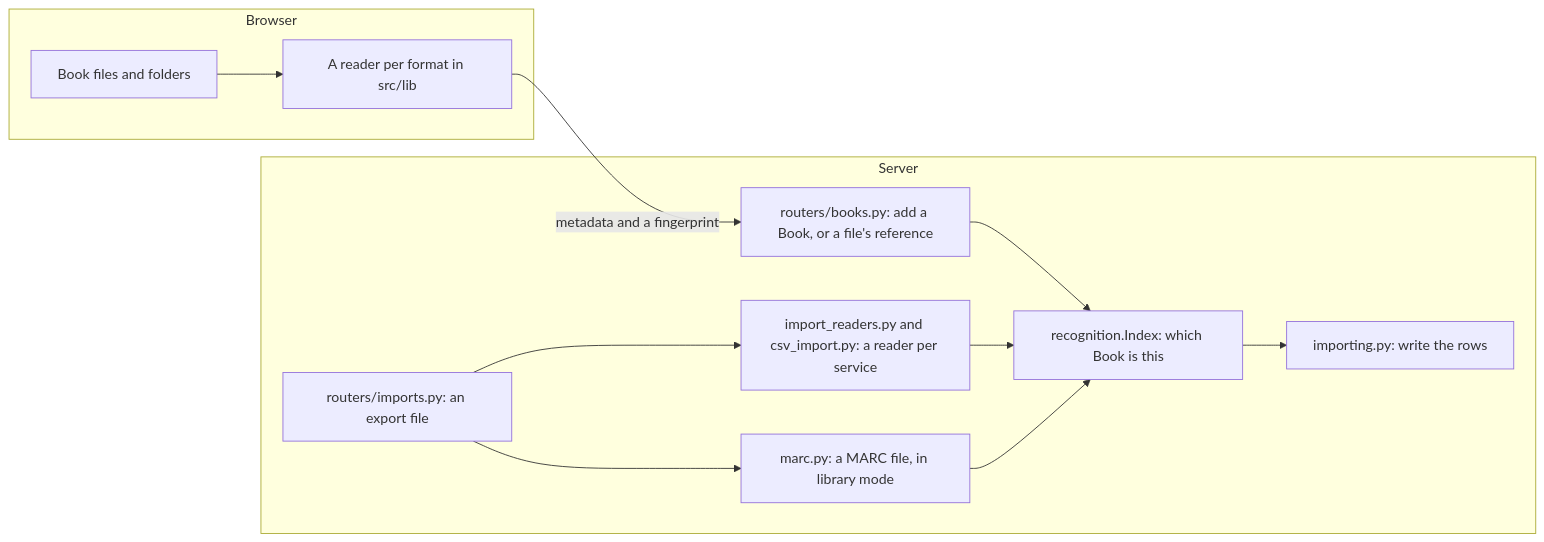
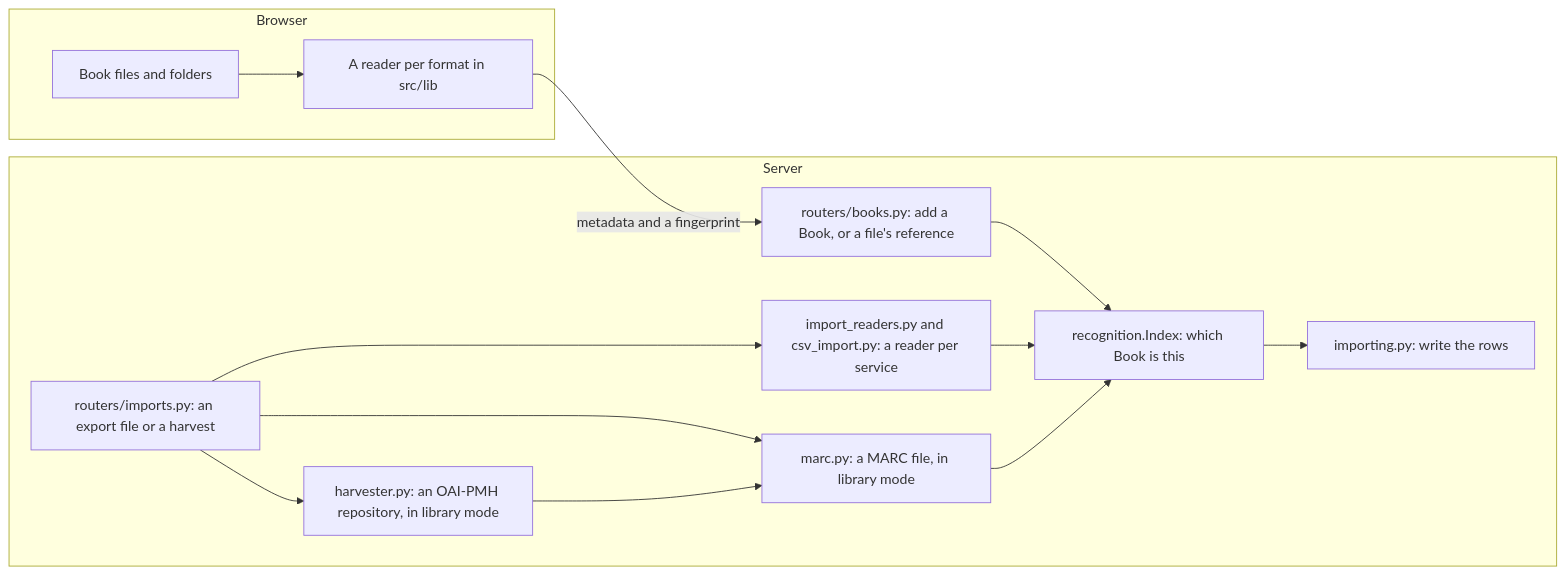
Before and after one commit to f-klement/endpaper: the seventh of 10 diagrams in docs/architecture.md, drawn with Mermaid. The commit also changed other lines of this file and 105 other files, not shown here.

````diff
--- a/docs/architecture.md
+++ b/docs/architecture.md
@@ -529,20 +532,22 @@
 ```mermaid
 flowchart LR
   subgraph browser ["Browser"]
     files["Book files and folders"]
     readers["A reader per format in src/lib"]
   end
   subgraph server ["Server"]
     books["routers/books.py: add a Book, or a file's reference"]
-    exports["routers/imports.py: an export file"]
+    exports["routers/imports.py: an export file or a harvest"]
     importreaders["import_readers.py and csv_import.py: a reader per service"]
+    harvester["harvester.py: an OAI-PMH repository, in library mode"]
     marc["marc.py: a MARC file, in library mode"]
     recognition["recognition.Index: which Book is this"]
     importing["importing.py: write the rows"]
   end
   files --> readers
   readers -->|"metadata and a fingerprint"| books --> recognition
   exports --> importreaders --> recognition
   exports --> marc --> recognition
+  exports --> harvester --> marc
   recognition --> importing
 ```
````
